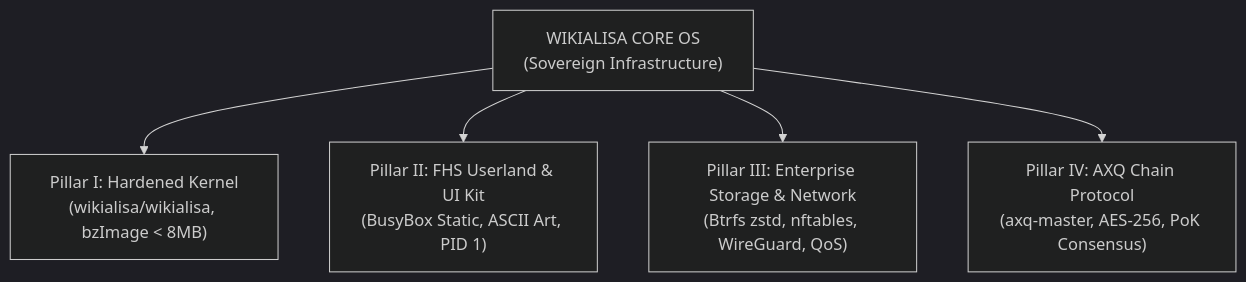
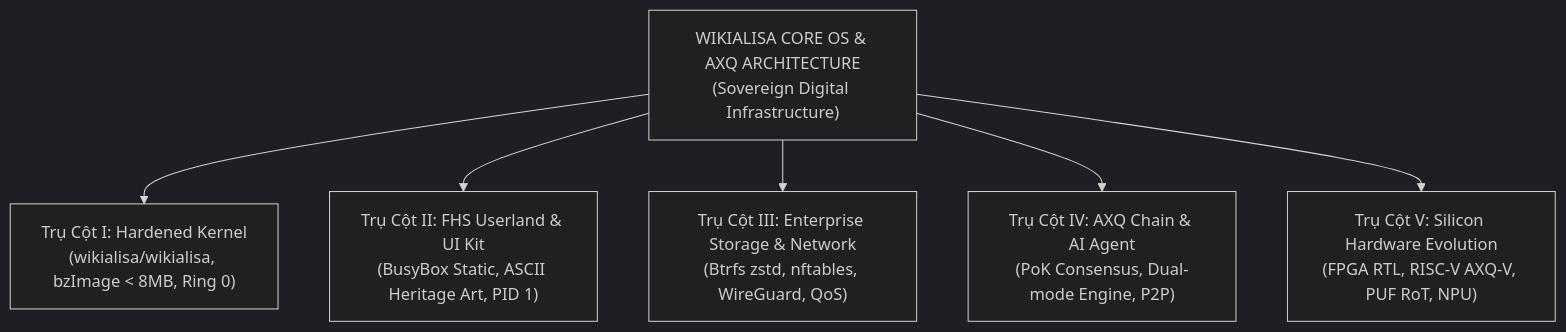
The first of 3 diagrams in WIKIALISA_CORE_IDEA.md (wikialisa/wikialisa), drawn with Mermaid (dark theme) before and after one commit. The commit also changed other lines of this file and 9 other files, not shown here.

````diff
--- a/WIKIALISA_CORE_IDEA.md
+++ b/WIKIALISA_CORE_IDEA.md
@@ -30,7 +32,8 @@
 ```mermaid
 graph TD
-    A["WIKIALISA CORE OS<br/>(Sovereign Infrastructure)"] --> P1["Pillar I: Hardened Kernel<br/>(wikialisa/wikialisa, bzImage < 8MB)"]
-    A --> P2["Pillar II: FHS Userland & UI Kit<br/>(BusyBox Static, ASCII Art, PID 1)"]
-    A --> P3["Pillar III: Enterprise Storage & Network<br/>(Btrfs zstd, nftables, WireGuard, QoS)"]
-    A --> P4["Pillar IV: AXQ Chain Protocol<br/>(axq-master, AES-256, PoK Consensus)"]
+    A["WIKIALISA CORE OS & AXQ ARCHITECTURE<br/>(Sovereign Digital Infrastructure)"] --> P1["Trụ Cột I: Hardened Kernel<br/>(wikialisa/wikialisa, bzImage < 8MB, Ring 0)"]
+    A --> P2["Trụ Cột II: FHS Userland & UI Kit<br/>(BusyBox Static, ASCII Heritage Art, PID 1)"]
+    A --> P3["Trụ Cột III: Enterprise Storage & Network<br/>(Btrfs zstd, nftables, WireGuard, QoS)"]
+    A --> P4["Trụ Cột IV: AXQ Chain & AI Agent<br/>(PoK Consensus, Dual-mode Engine, P2P)"]
+    A --> P5["Trụ Cột V: Silicon Hardware Evolution<br/>(FPGA RTL, RISC-V AXQ-V, PUF RoT, NPU)"]
 ```
````
